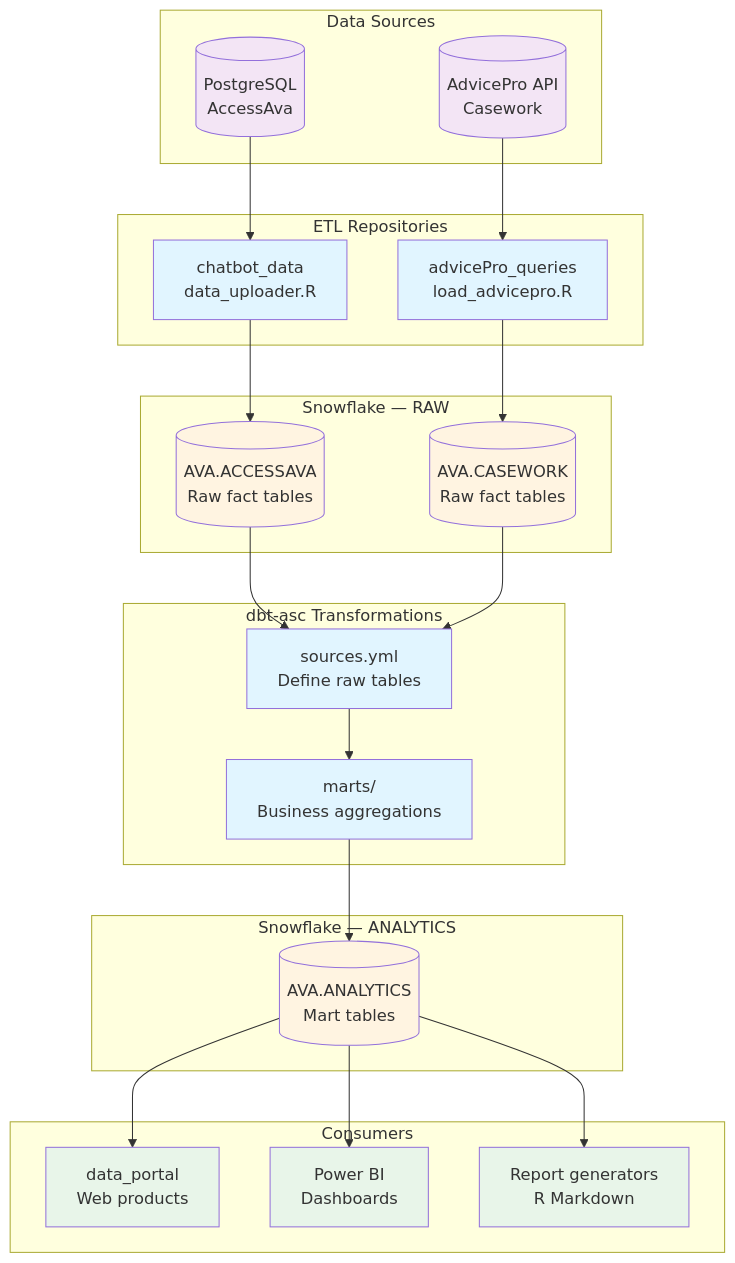
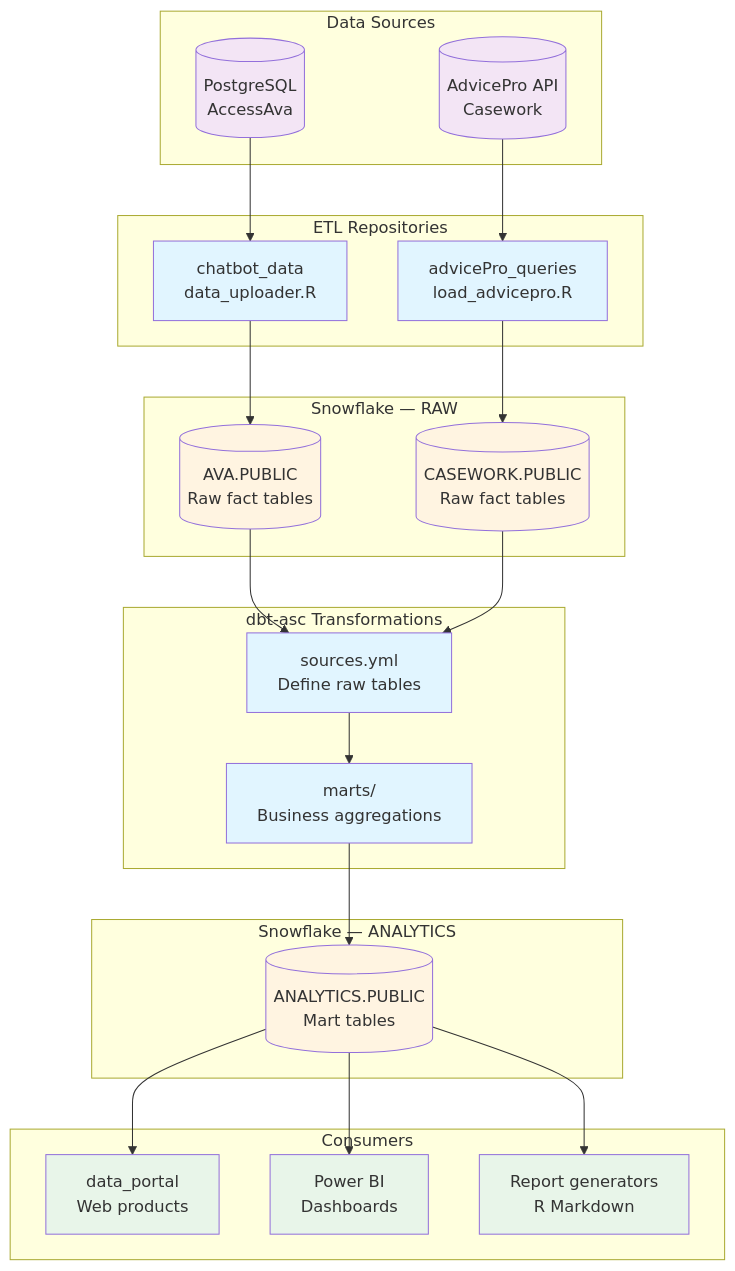
Before and after one commit to access-social-care/dbt-asc: the diagram in README.md, drawn with Mermaid. The commit also changed other lines of this file and 10 other files, not shown here.

Commit message:
ARCHITECTURE CHANGE: ANALYTICS.PUBLIC - Restructure to use separate ANALYTICS database instead of AVA.ANALYTICS schema. All marts now output to ANALYTICS.PUBLIC. Reorganized models into marts/chatbot/ subfolder. Added Devil's Advocate discussion documentation.

````diff
--- a/README.md
+++ b/README.md
@@ -74,55 +77,55 @@
 ```mermaid
 graph TB
     subgraph External["Data Sources"]
         PG[(PostgreSQL<br/>AccessAva)]
         AP[(AdvicePro API<br/>Casework)]
     end
     
     subgraph ETL["ETL Repositories"]
         CB[chatbot_data<br/>data_uploader.R]
         CW[advicePro_queries<br/>load_advicepro.R]
     end
     
     subgraph Snowflake["Snowflake — RAW"]
-        ACC[(AVA.ACCESSAVA<br/>Raw fact tables)]
-        CAS[(AVA.CASEWORK<br/>Raw fact tables)]
+        ACC[(AVA.PUBLIC<br/>Raw fact tables)]
+        CAS[(CASEWORK.PUBLIC<br/>Raw fact tables)]
     end
     
     subgraph DBT["dbt-asc Transformations"]
         SRC[sources.yml<br/>Define raw tables]
         MART1[marts/<br/>Business aggregations]
     end
     
     subgraph SnowflakeAnalytics["Snowflake — ANALYTICS"]
-        ANALY[(AVA.ANALYTICS<br/>Mart tables)]
+        ANALY[(ANALYTICS.PUBLIC<br/>Mart tables)]
     end
     
     subgraph Consumers["Consumers"]
         WEB[data_portal<br/>Web products]
         PBI[Power BI<br/>Dashboards]
         RPT[Report generators<br/>R Markdown]
     end
     
     PG --> CB
     AP --> CW
     CB --> ACC
     CW --> CAS
     ACC --> SRC
     CAS --> SRC
     SRC --> MART1
     MART1 --> ANALY
     ANALY --> WEB
     ANALY --> PBI
     ANALY --> RPT
     
     classDef source fill:#f3e5f5
     classDef process fill:#e1f5ff
     classDef product fill:#fff4e1
     classDef deliverable fill:#e8f5e9
     classDef external fill:#e0f2f1
     
     class PG,AP source
     class CB,CW,SRC,MART1 process
     class ACC,CAS,ANALY product
     class WEB,PBI,RPT deliverable
 ```
````
